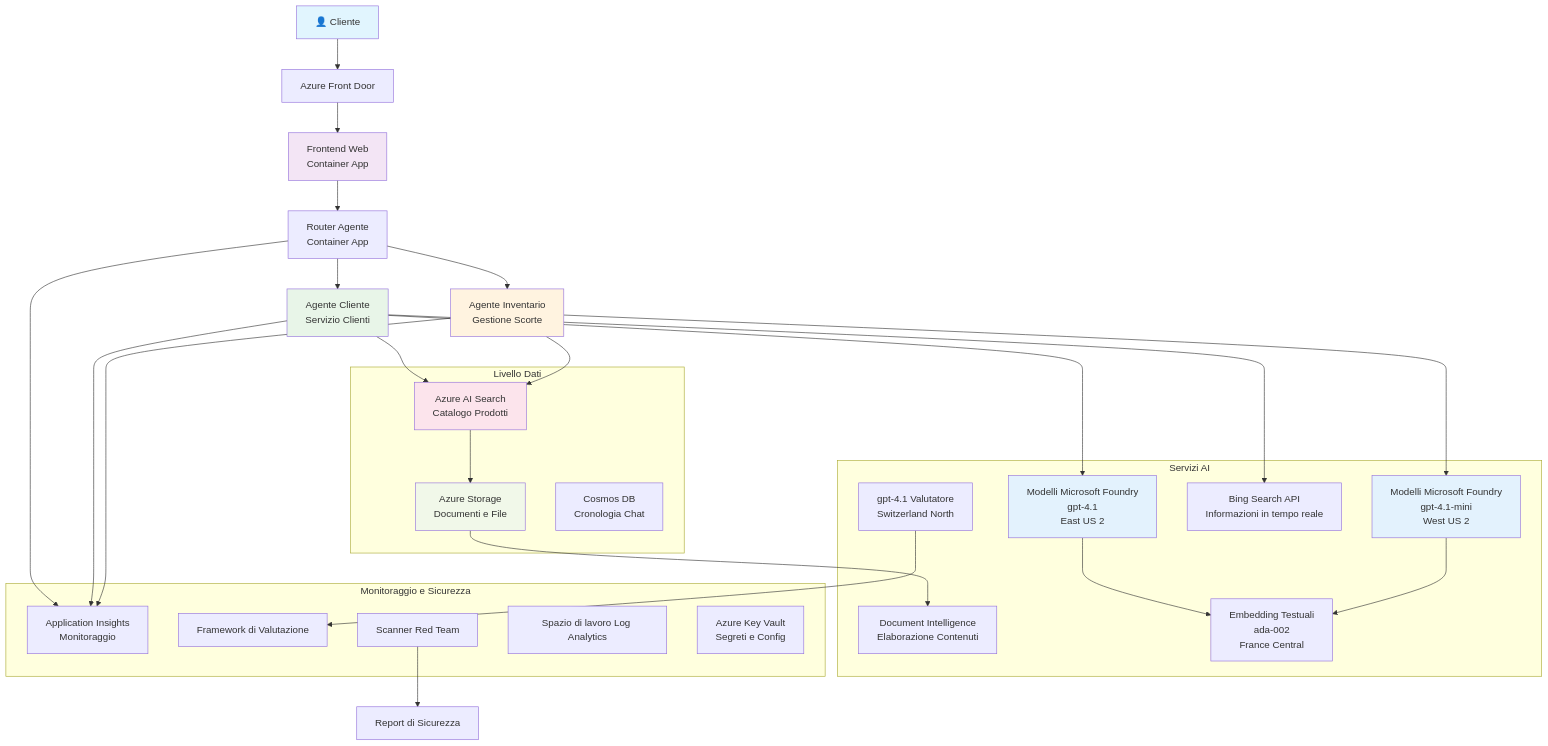
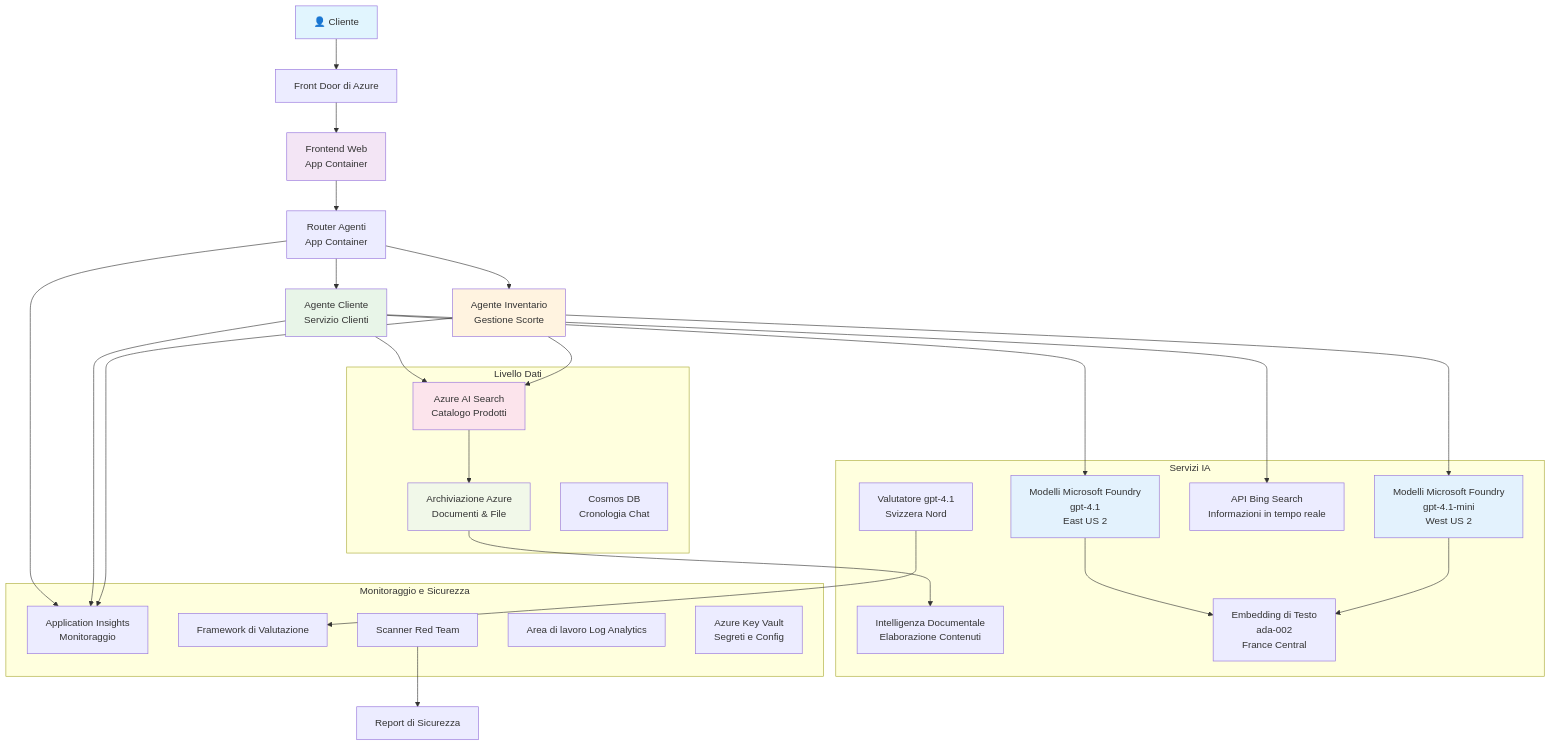
The diagram in translations/it/examples/retail-scenario.md (microsoft/AZD-for-beginners), drawn with Mermaid before and after one commit. The commit also changed other lines of this file and 104 other files, not shown here.

````diff
--- a/translations/it/examples/retail-scenario.md
+++ b/translations/it/examples/retail-scenario.md
@@ -139,61 +139,61 @@
 ```mermaid
 graph TB
-    User[👤 Cliente] --> LB[Azure Front Door]
-    LB --> WebApp[Frontend Web<br/>Container App]
+    User[👤 Cliente] --> LB[Front Door di Azure]
+    LB --> WebApp[Frontend Web<br/>App Container]
     
-    WebApp --> Router[Router Agente<br/>Container App]
+    WebApp --> Router[Router Agenti<br/>App Container]
     Router --> CustomerAgent[Agente Cliente<br/>Servizio Clienti]
     Router --> InvAgent[Agente Inventario<br/>Gestione Scorte]
     
     CustomerAgent --> OpenAI1[Modelli Microsoft Foundry<br/>gpt-4.1<br/>East US 2]
     InvAgent --> OpenAI2[Modelli Microsoft Foundry<br/>gpt-4.1-mini<br/>West US 2]
     
     CustomerAgent --> AISearch[Azure AI Search<br/>Catalogo Prodotti]
-    CustomerAgent --> BingSearch[Bing Search API<br/>Informazioni in tempo reale]
+    CustomerAgent --> BingSearch[API Bing Search<br/>Informazioni in tempo reale]
     InvAgent --> AISearch
     
-    AISearch --> Storage[Azure Storage<br/>Documenti e File]
-    Storage --> DocIntel[Document Intelligence<br/>Elaborazione Contenuti]
+    AISearch --> Storage[Archiviazione Azure<br/>Documenti & File]
+    Storage --> DocIntel[Intelligenza Documentale<br/>Elaborazione Contenuti]
     
-    OpenAI1 --> Embeddings[Embedding Testuali<br/>ada-002<br/>France Central]
+    OpenAI1 --> Embeddings[Embedding di Testo<br/>ada-002<br/>France Central]
     OpenAI2 --> Embeddings
     
     Router --> AppInsights[Application Insights<br/>Monitoraggio]
     CustomerAgent --> AppInsights
     InvAgent --> AppInsights
     
-    GraderModel[gpt-4.1 Valutatore<br/>Switzerland North] --> Evaluation[Framework di Valutazione]
+    GraderModel[Valutatore gpt-4.1<br/>Svizzera Nord] --> Evaluation[Framework di Valutazione]
     RedTeam[Scanner Red Team] --> SecurityReports[Report di Sicurezza]
     
     subgraph "Livello Dati"
         Storage
         AISearch
         CosmosDB[Cosmos DB<br/>Cronologia Chat]
     end
     
-    subgraph "Servizi AI"
+    subgraph "Servizi IA"
         OpenAI1
         OpenAI2
         Embeddings
         GraderModel
         DocIntel
         BingSearch
     end
     
     subgraph "Monitoraggio e Sicurezza"
         AppInsights
-        LogAnalytics[Spazio di lavoro Log Analytics]
+        LogAnalytics[Area di lavoro Log Analytics]
         KeyVault[Azure Key Vault<br/>Segreti e Config]
         RedTeam
         Evaluation
     end
     
     style User fill:#e1f5fe
     style WebApp fill:#f3e5f5
     style CustomerAgent fill:#e8f5e8
     style InvAgent fill:#fff3e0
     style OpenAI1 fill:#e3f2fd
     style OpenAI2 fill:#e3f2fd
     style AISearch fill:#fce4ec
     style Storage fill:#f1f8e9
 ```
````
